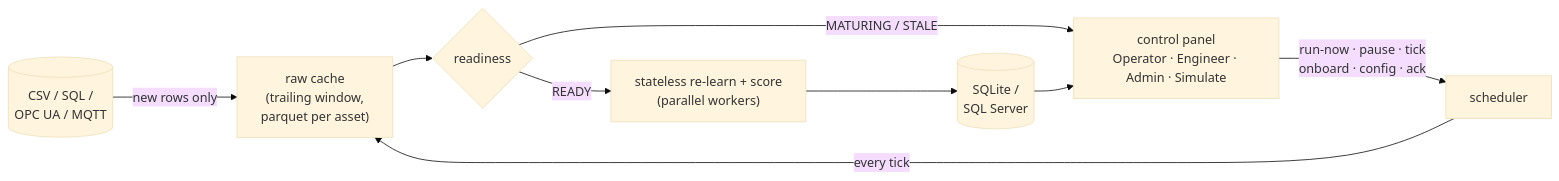
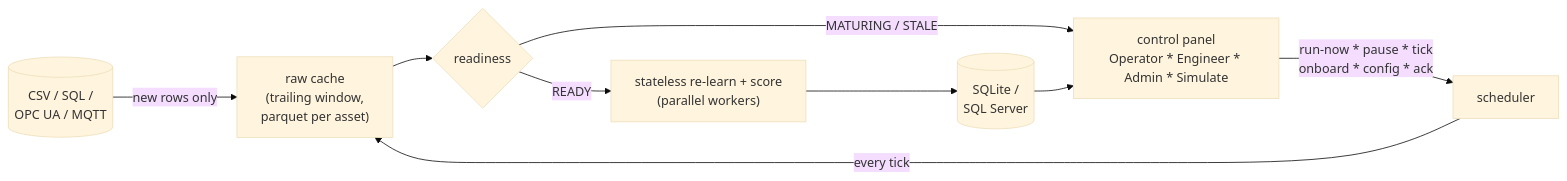
The first of 2 diagrams in README.md (bhadkamkar9snehil/ACM), drawn with Mermaid (base theme) before and after one commit. The commit also changed other lines of this file and 4 other files, not shown here.

````diff
--- a/README.md
+++ b/README.md
@@ -50,11 +50,11 @@
 ```mermaid
 flowchart LR
     HIST[("CSV / SQL /<br/>OPC UA / MQTT")] -->|"new rows only"| CACHE["raw cache<br/>(trailing window,<br/>parquet per asset)"]
     CACHE --> GATE{"readiness"}
     GATE -->|MATURING / STALE| BOARD
     GATE -->|READY| SCORE["stateless re-learn + score<br/>(parallel workers)"]
     SCORE --> STORE[("SQLite /<br/>SQL Server")]
-    STORE --> BOARD["control panel<br/>Operator · Engineer · Admin · Simulate"]
-    BOARD -->|"run-now · pause · tick<br/>onboard · config · ack"| SVC["scheduler"]
+    STORE --> BOARD["control panel<br/>Operator * Engineer * Admin * Simulate"]
+    BOARD -->|"run-now * pause * tick<br/>onboard * config * ack"| SVC["scheduler"]
     SVC -->|"every tick"| CACHE
 ```
````
